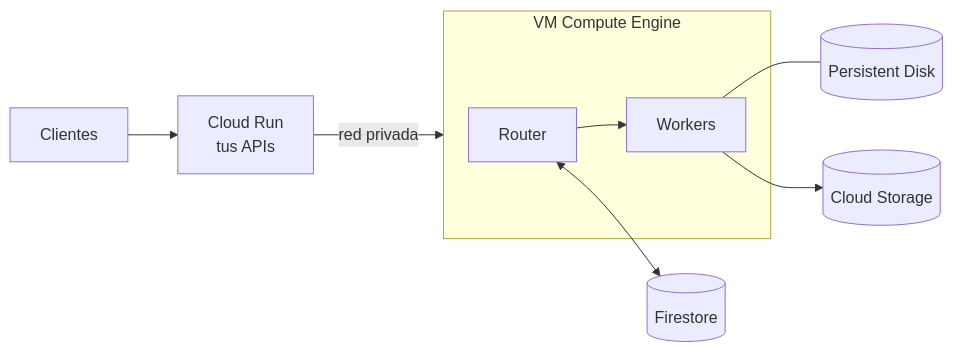
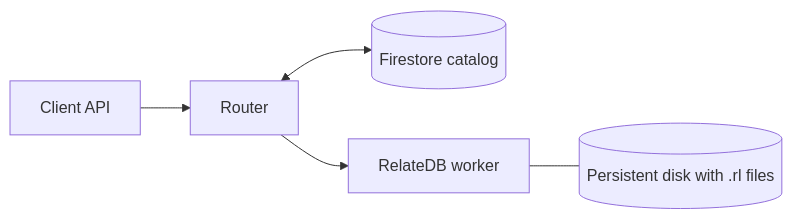
One commit to Yahir-Ponce/frida-relates changed the diagram in README.md. Above: the diagram before and after it, drawn with Mermaid. The commit also changed other lines of this file and 2 other files, not shown here.

````diff
--- a/README.md
+++ b/README.md
@@ -53,11 +11,7 @@
 ```mermaid
 flowchart LR
-    CL["Clientes"] --> CR["Cloud Run<br/>tus APIs"]
-    CR -->|"red privada"| VM
-    subgraph VM["VM Compute Engine"]
-        R["Router"] --> W["Workers"]
-    end
-    W --- PD[("Persistent Disk")]
-    R <--> FS[("Firestore")]
-    W --> GCS[("Cloud Storage")]
+    Client["Client API"] --> Router["Router"]
+    Router <--> Catalog[("Firestore catalog")]
+    Router --> Worker["RelateDB worker"]
+    Worker --- Disk[("Persistent disk with .rl files")]
 ```
````
